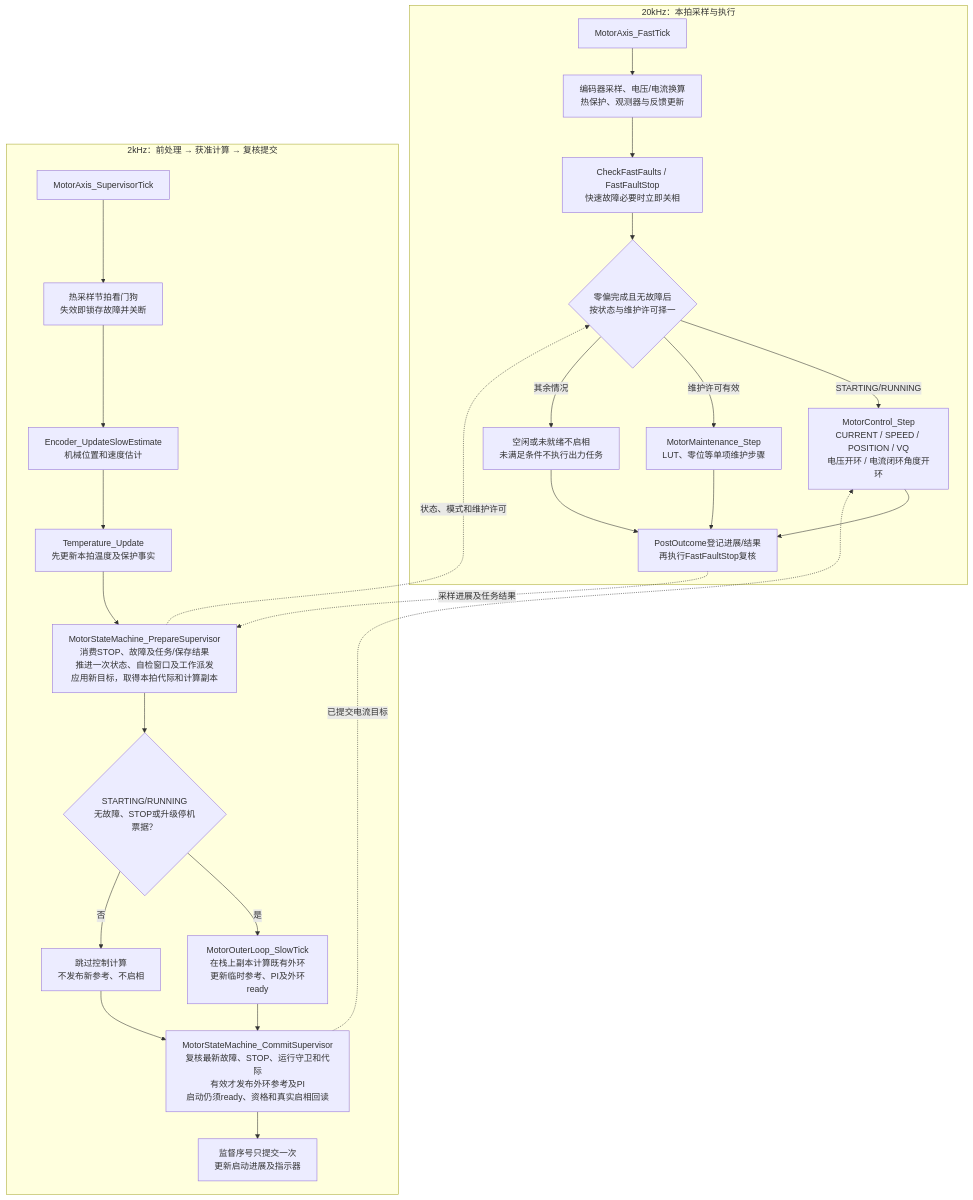
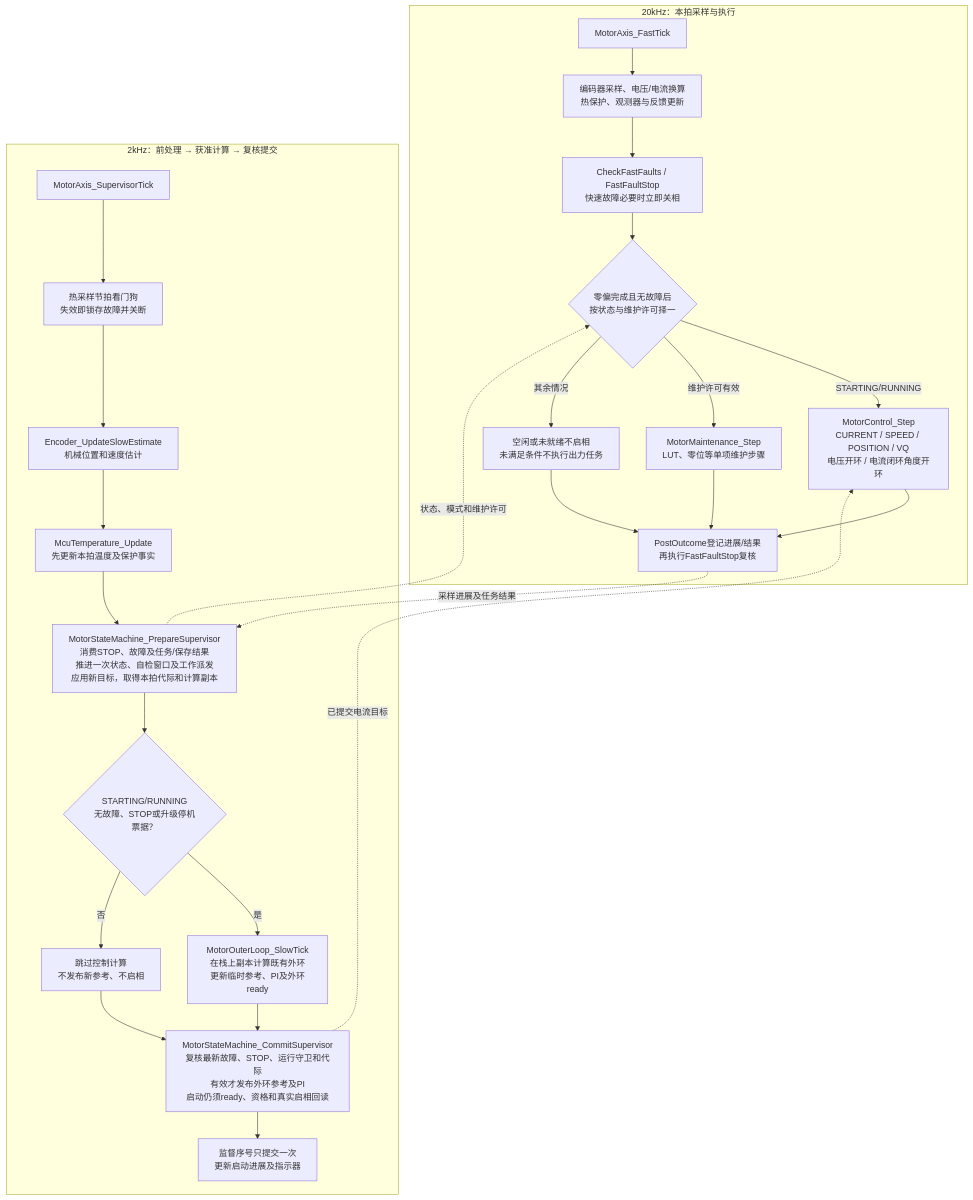
Before and after one commit to haoyang877/Vector_Mini_ST_Firmware: the second of 3 diagrams in docs/architecture/software_architecture.md, drawn with Mermaid. The commit also changed other lines of this file and 311 other files, not shown here.

Commit message:
refactor: consolidate firmware configuration and motor architecture

````diff
--- a/docs/architecture/software_architecture.md
+++ b/docs/architecture/software_architecture.md
@@ -78,41 +78,41 @@
 ```mermaid
 flowchart TD
     subgraph FAST["20kHz：本拍采样与执行"]
         F["MotorAxis_FastTick"]
         SAMPLE["编码器采样、电压/电流换算<br/>热保护、观测器与反馈更新"]
         FAULT["CheckFastFaults / FastFaultStop<br/>快速故障必要时立即关相"]
         SELECT{"零偏完成且无故障后<br/>按状态与维护许可择一"}
         CONTROL["MotorControl_Step<br/>CURRENT / SPEED / POSITION / VQ<br/>电压开环 / 电流闭环角度开环"]
         CAL["MotorMaintenance_Step<br/>LUT、零位等单项维护步骤"]
         IDLE["空闲或未就绪不启相<br/>未满足条件不执行出力任务"]
         RESULT["PostOutcome登记进展/结果<br/>再执行FastFaultStop复核"]
         F --> SAMPLE --> FAULT --> SELECT
         SELECT -->|"STARTING/RUNNING"| CONTROL
         SELECT -->|"维护许可有效"| CAL
         SELECT -->|"其余情况"| IDLE
         CONTROL --> RESULT
         CAL --> RESULT
         IDLE --> RESULT
     end
 
     subgraph SLOW["2kHz：前处理 → 获准计算 → 复核提交"]
         S["MotorAxis_SupervisorTick"]
         WATCH["热采样节拍看门狗<br/>失效即锁存故障并关断"]
         ENCODER["Encoder_UpdateSlowEstimate<br/>机械位置和速度估计"]
-        TEMP["Temperature_Update<br/>先更新本拍温度及保护事实"]
+        TEMP["McuTemperature_Update<br/>先更新本拍温度及保护事实"]
         PRE["MotorStateMachine_PrepareSupervisor<br/>消费STOP、故障及任务/保存结果<br/>推进一次状态、自检窗口及工作派发<br/>应用新目标，取得本拍代际和计算副本"]
         ALLOW{"STARTING/RUNNING<br/>无故障、STOP或升级停机票据？"}
         OUTER["MotorOuterLoop_SlowTick<br/>在栈上副本计算既有外环<br/>更新临时参考、PI及外环ready"]
         SKIP["跳过控制计算<br/>不发布新参考、不启相"]
         COMMIT["MotorStateMachine_CommitSupervisor<br/>复核最新故障、STOP、运行守卫和代际<br/>有效才发布外环参考及PI<br/>启动仍须ready、资格和真实启相回读"]
         DONE["监督序号只提交一次<br/>更新启动进展及指示器"]
         S --> WATCH --> ENCODER --> TEMP --> PRE --> ALLOW
         ALLOW -->|"是"| OUTER --> COMMIT
         ALLOW -->|"否"| SKIP --> COMMIT
         COMMIT --> DONE
     end
 
     COMMIT -. "已提交电流目标" .-> CONTROL
     PRE -. "状态、模式和维护许可" .-> SELECT
     RESULT -. "采样进展及任务结果" .-> PRE
 ```
````
